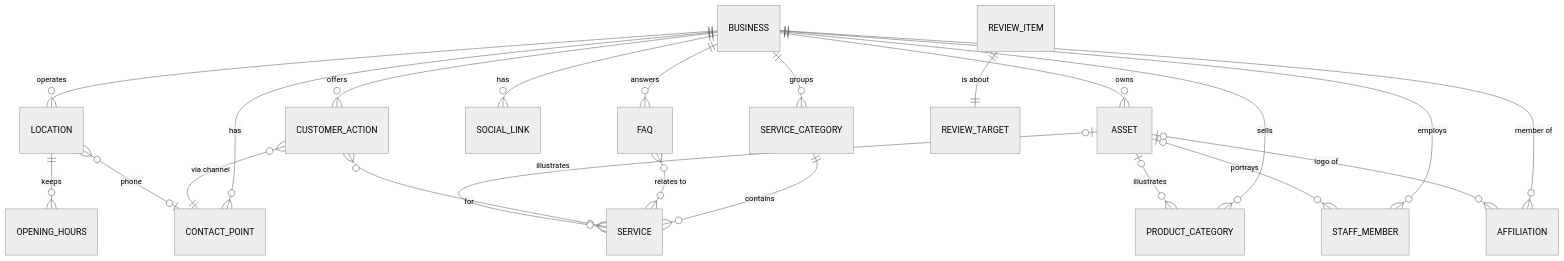
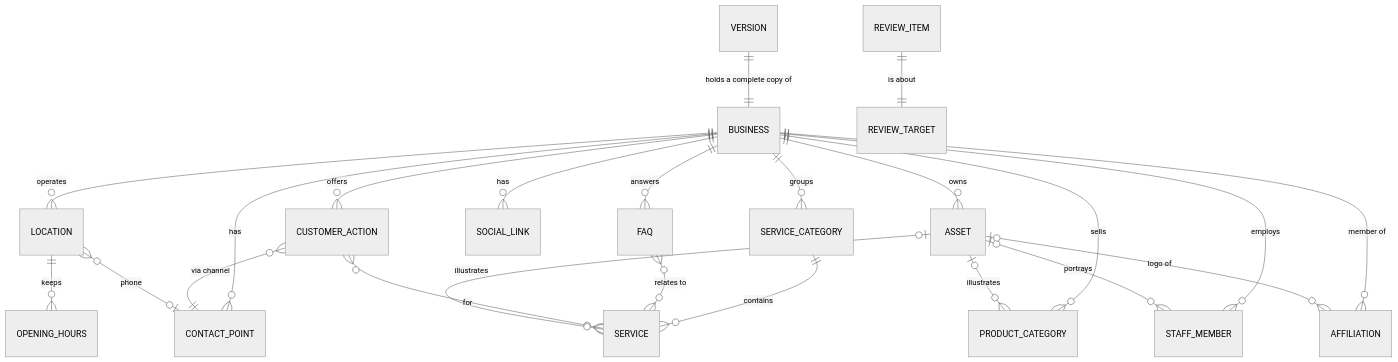
One commit to agentic-ai-loops/WEC_demo changed the diagram in docs/design/01-businessdata.md. Above: the diagram before and after it, drawn with Mermaid (neutral theme). The commit also changed other lines of this file and 76 other files, not shown here.

First line of the commit message:
Implement #businessdata storage, business CLI and GraphQL API

````diff
--- a/docs/design/01-businessdata.md
+++ b/docs/design/01-businessdata.md
@@ -70,24 +72,25 @@
 ```mermaid
 erDiagram
     BUSINESS ||--o{ CONTACT_POINT : has
     BUSINESS ||--o{ LOCATION : operates
     LOCATION ||--o{ OPENING_HOURS : keeps
     BUSINESS ||--o{ SERVICE_CATEGORY : groups
     SERVICE_CATEGORY ||--o{ SERVICE : contains
     BUSINESS ||--o{ PRODUCT_CATEGORY : sells
     BUSINESS ||--o{ STAFF_MEMBER : employs
     BUSINESS ||--o{ FAQ : answers
     FAQ }o--o{ SERVICE : "relates to"
     BUSINESS ||--o{ SOCIAL_LINK : has
     BUSINESS ||--o{ AFFILIATION : "member of"
     BUSINESS ||--o{ CUSTOMER_ACTION : offers
     CUSTOMER_ACTION }o--|| CONTACT_POINT : "via channel"
     CUSTOMER_ACTION }o--o{ SERVICE : "for"
     LOCATION }o--o| CONTACT_POINT : "phone"
     BUSINESS ||--o{ ASSET : owns
     ASSET |o--o{ SERVICE : illustrates
     ASSET |o--o{ PRODUCT_CATEGORY : illustrates
     ASSET |o--o{ STAFF_MEMBER : portrays
     ASSET |o--o{ AFFILIATION : "logo of"
     REVIEW_ITEM ||--|| REVIEW_TARGET : "is about"
+    VERSION ||--|| BUSINESS : "holds a complete copy of"
 ```
````
